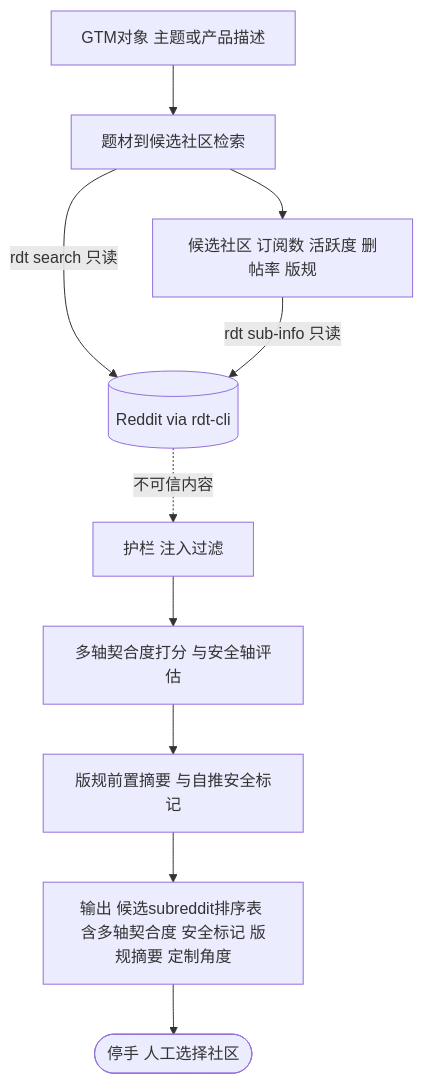
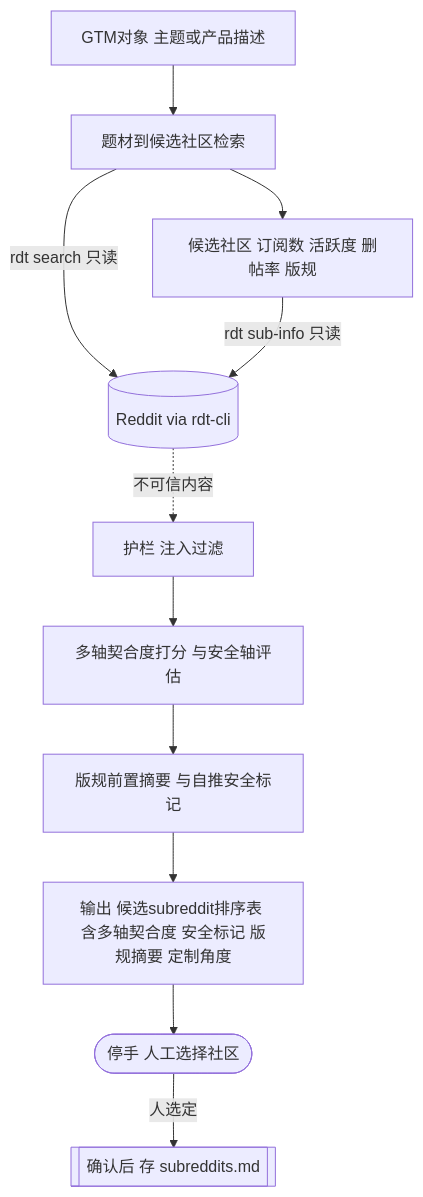
One commit to tigerless-labs/auto-gtm changed the diagram in docs/design/reddit/subreddit-finder.md. Above: the diagram before and after it, drawn with Mermaid. The commit also changed other lines of this file and 5 other files, not shown here.

First line of the commit message:
feat(reddit-subreddit-finder): confirm-then-save chosen sub to subreddits.md

````diff
--- a/docs/design/reddit/subreddit-finder.md
+++ b/docs/design/reddit/subreddit-finder.md
@@ -19,12 +20,13 @@
 ```mermaid
 flowchart TD
   IN[GTM对象 主题或产品描述] --> FIND[题材到候选社区检索]
   FIND -->|rdt search 只读| RDT[(Reddit via rdt-cli)]
   FIND --> META[候选社区 订阅数 活跃度 删帖率 版规]
   META -->|rdt sub-info 只读| RDT
   RDT -.不可信内容.-> GUARD[护栏 注入过滤]
   GUARD --> SCORE[多轴契合度打分 与安全轴评估]
   SCORE --> RULE[版规前置摘要 与自推安全标记]
   RULE --> OUT[输出 候选subreddit排序表 含多轴契合度 安全标记 版规摘要 定制角度]
   OUT --> STOP([停手 人工选择社区])
+  STOP -->|人选定| SAVE[[确认后 存 subreddits.md]]
 ```
````
